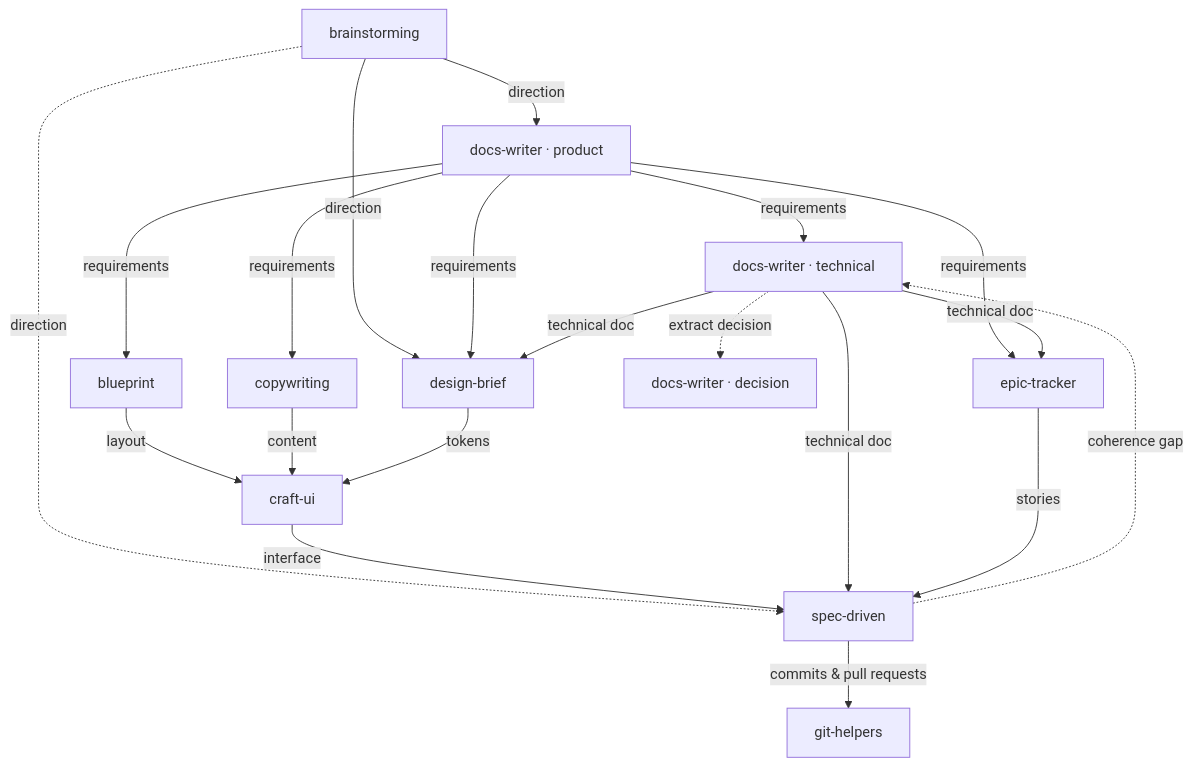
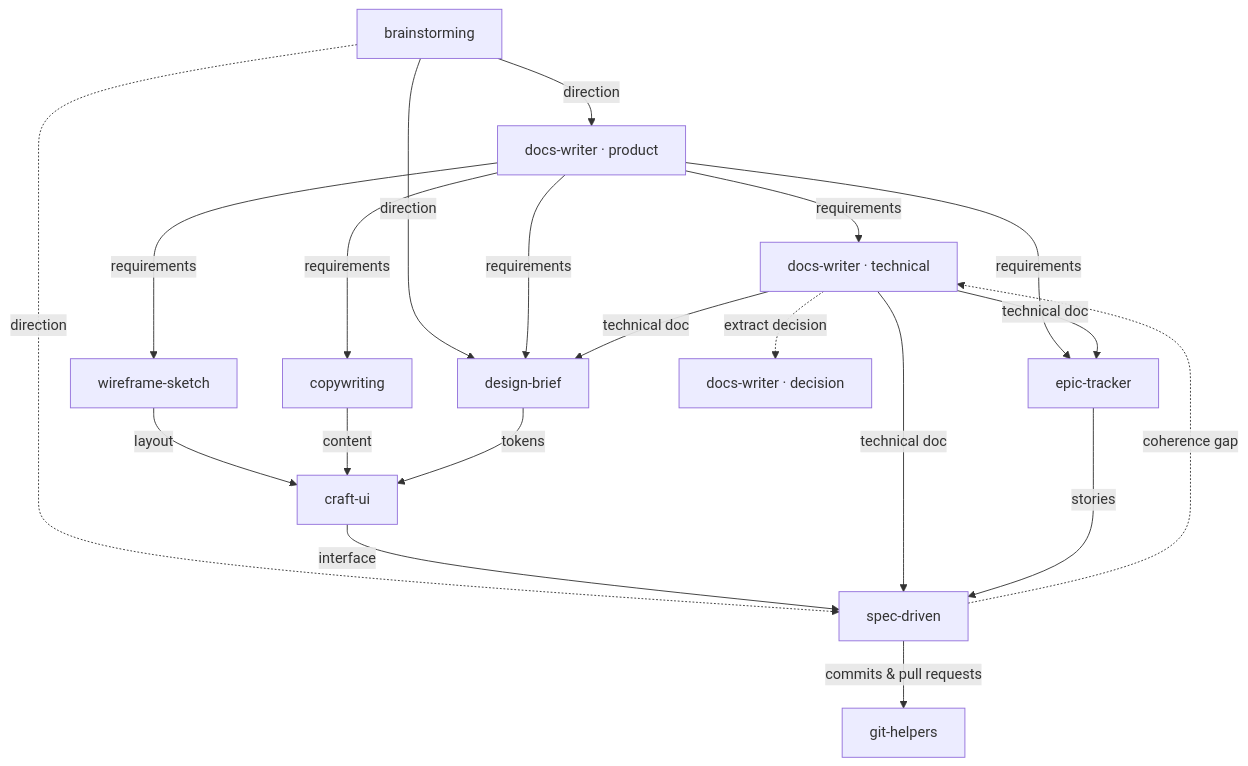
Before and after one commit to adeonir/agent-skills: the diagram in README.md, drawn with Mermaid. The commit also changed other lines of this file and 18 other files, not shown here.

First line of the commit message:
feat: rename blueprint to wireframe-sketch and render the region tree

````diff
--- a/README.md
+++ b/README.md
@@ -47,22 +47,22 @@
 ```mermaid
 flowchart TD
     BR[brainstorming] -->|direction| DW_PRD[docs-writer · product]
     BR -->|direction| DB[design-brief]
     BR -.->|direction| SD[spec-driven]
     DW_PRD -->|requirements| DW_DD[docs-writer · technical]
     DW_PRD -->|requirements| ET[epic-tracker]
     DW_PRD -->|requirements| DB
-    DW_PRD -->|requirements| BP[blueprint]
+    DW_PRD -->|requirements| BP[wireframe-sketch]
     DW_PRD -->|requirements| CW[copywriting]
     BP -->|layout| CU[craft-ui]
     CW -->|content| CU
     DB -->|tokens| CU
     CU -->|interface| SD
     DW_DD -->|technical doc| SD
     DW_DD -->|technical doc| ET
     DW_DD -->|technical doc| DB
     DW_DD -.->|extract decision| DW_ADR[docs-writer · decision]
     ET -->|stories| SD
     SD -->|commits & pull requests| GH[git-helpers]
     SD -.->|coherence gap| DW_DD
 ```
````
